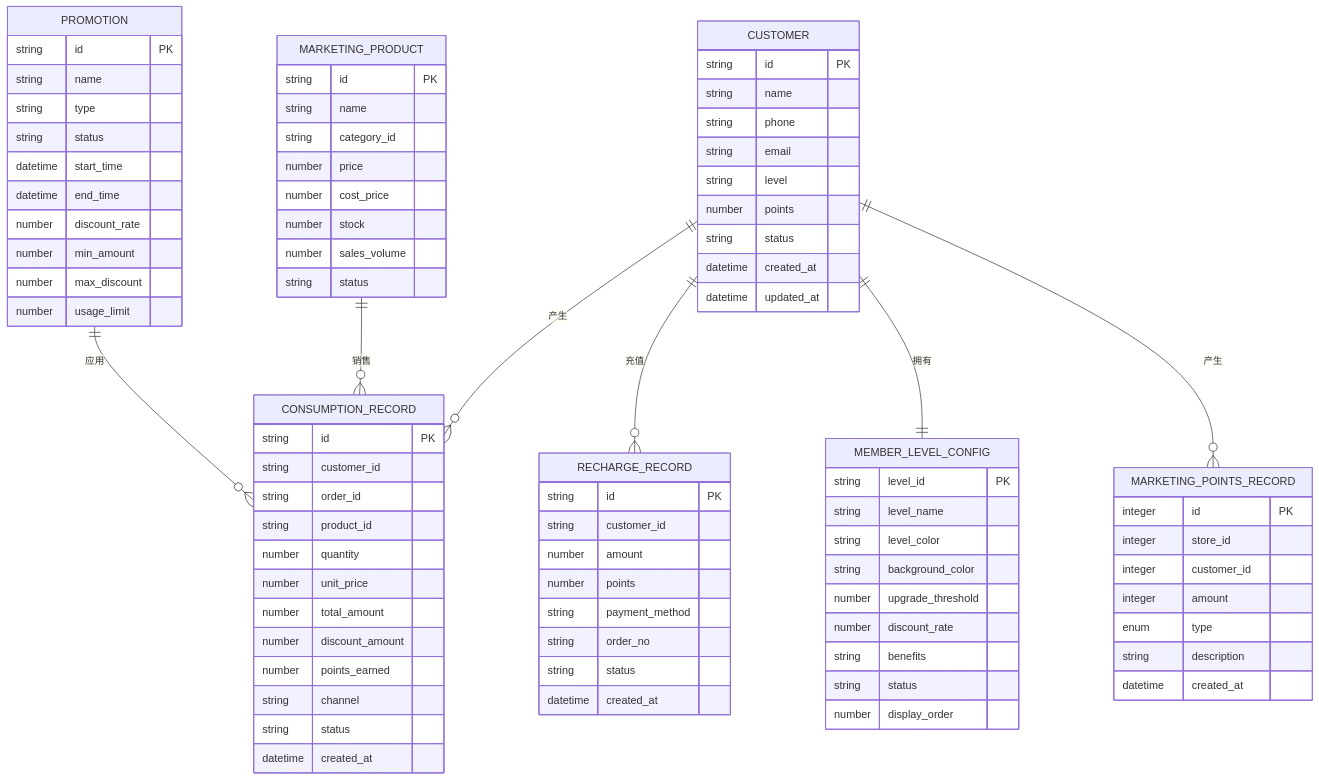
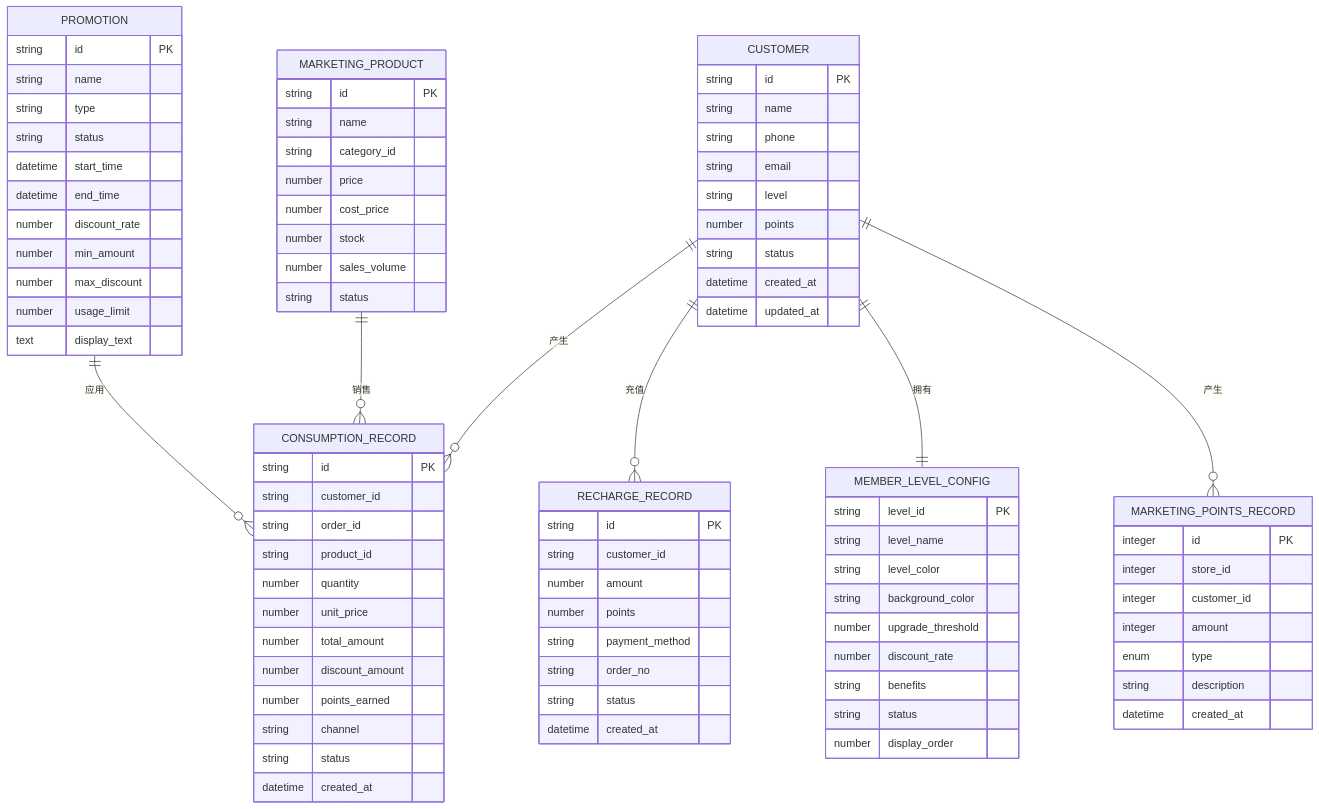
Before and after one commit to rc558620/purelyprofit-server: diagram 38 of 38 in .qoder/repowiki/zh/content/业务模块/营销推广模块/营销推广模块.md, drawn with Mermaid. The commit also changed other lines of this file and 25 other files, not shown here.

```diff
--- a/.qoder/repowiki/zh/content/业务模块/营销推广模块/营销推广模块.md
+++ b/.qoder/repowiki/zh/content/业务模块/营销推广模块/营销推广模块.md
@@ -1380,6 +1571,7 @@
 number min_amount
 number max_discount
 number usage_limit
+text display_text
 }
 MARKETING_PRODUCT {
 string id PK
```
